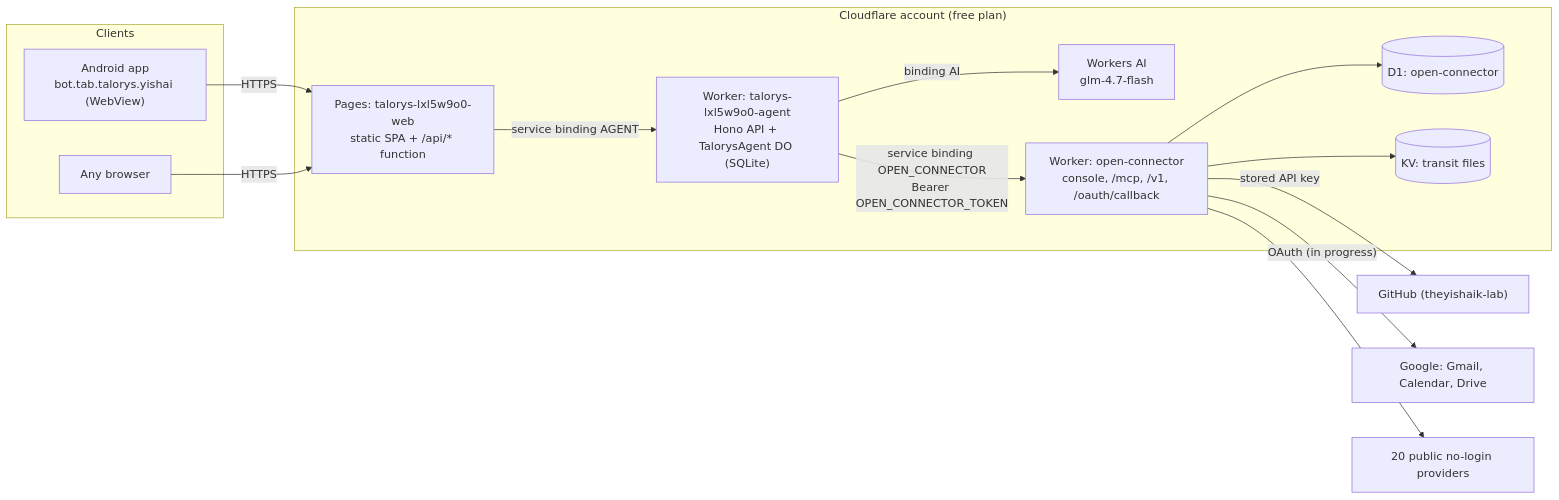
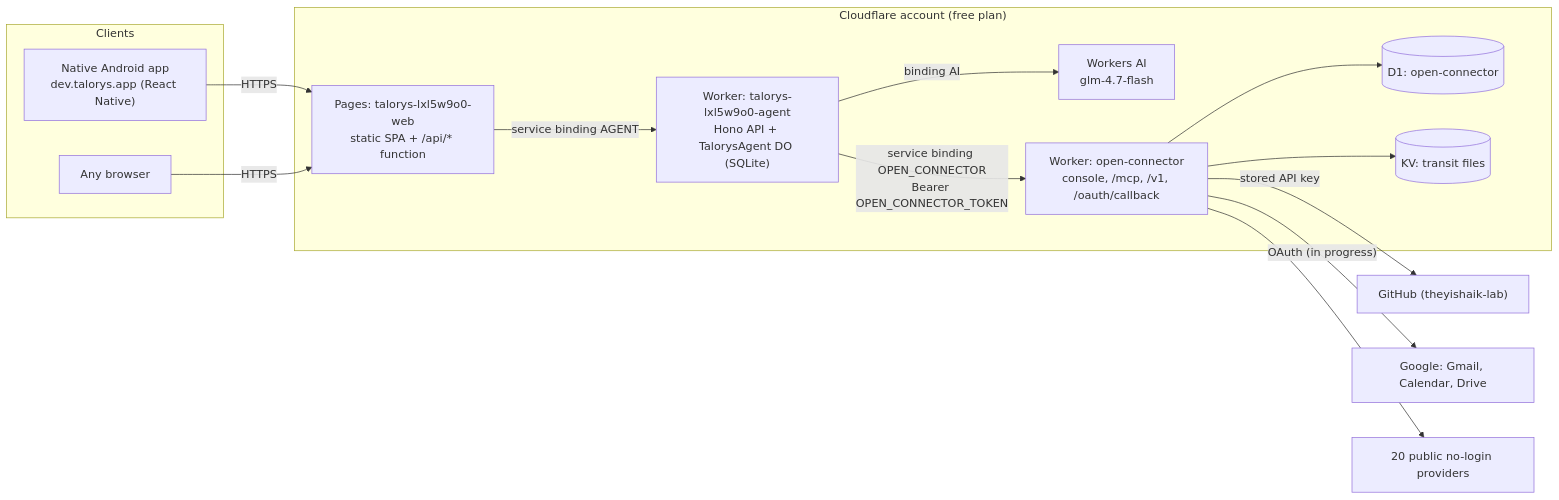
The diagram in docs/system/ARCHITECTURE.md (theyishaik-lab/talorys), drawn with Mermaid before and after one commit. The commit also changed other lines of this file and 92 other files, not shown here.

Commit message:
mobile: native Android app (Expo/React Native) — chat, approvals, drawer, settings, Hebrew RTL, local signed APK; agent: bearer sessions for the native app + FCM native push channel

````diff
--- a/docs/system/ARCHITECTURE.md
+++ b/docs/system/ARCHITECTURE.md
@@ -22,25 +23,25 @@
 ```mermaid
 flowchart LR
   subgraph Clients
-    APK["Android app<br/>bot.tab.talorys.yishai (WebView)"]
+    APK["Native Android app<br/>dev.talorys.app (React Native)"]
     BR["Any browser"]
   end
   subgraph CF["Cloudflare account (free plan)"]
     PG["Pages: talorys-lxl5w9o0-web<br/>static SPA + /api/* function"]
     AG["Worker: talorys-lxl5w9o0-agent<br/>Hono API + TalorysAgent DO (SQLite)"]
     AI["Workers AI<br/>glm-4.7-flash"]
     OC["Worker: open-connector<br/>console, /mcp, /v1, /oauth/callback"]
     D1[("D1: open-connector")]
     KV[("KV: transit files")]
   end
   APK -->|HTTPS| PG
   BR -->|HTTPS| PG
   PG -->|"service binding AGENT"| AG
   AG -->|"binding AI"| AI
   AG -->|"service binding OPEN_CONNECTOR<br/>Bearer OPEN_CONNECTOR_TOKEN"| OC
   OC --> D1
   OC --> KV
   OC -->|"stored API key"| GH["GitHub (theyishaik-lab)"]
   OC -->|"OAuth (in progress)"| GO["Google: Gmail, Calendar, Drive"]
   OC --> PUB["20 public no-login providers"]
 ```
````
